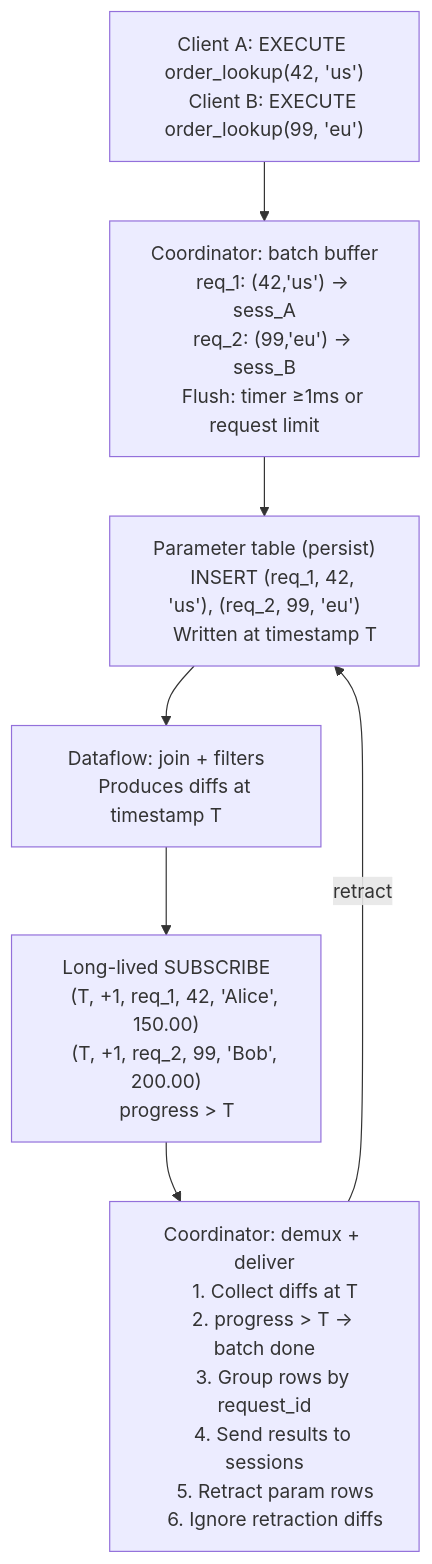
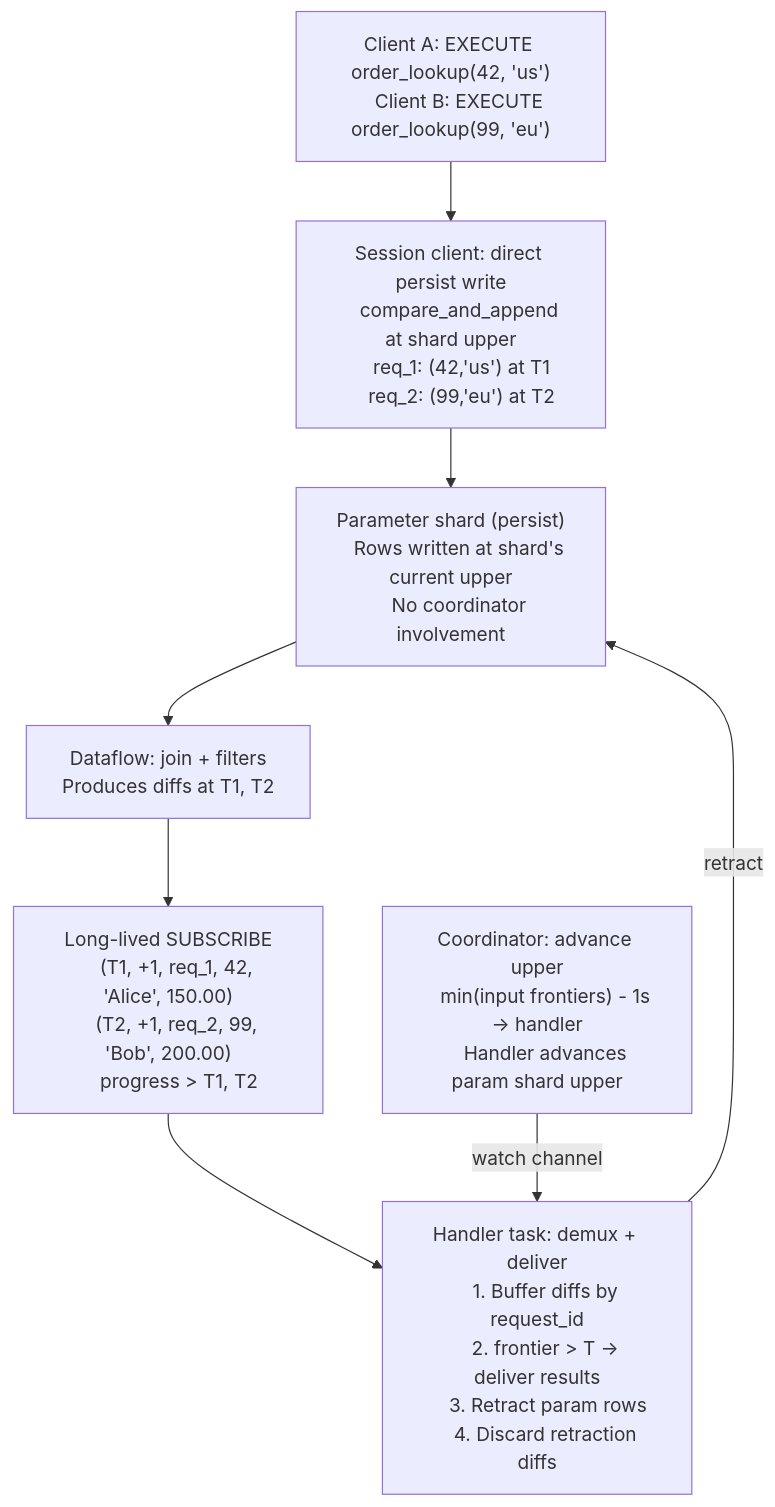
The first of 2 diagrams in doc/developer/design/20260306_standing_queries.md (MaterializeInc/materialize), drawn with Mermaid before and after one commit. The commit also changed other lines of this file, not shown here.

First line of the commit message:
standing queries: update design doc for direct-write architecture

````diff
--- a/doc/developer/design/20260306_standing_queries.md
+++ b/doc/developer/design/20260306_standing_queries.md
@@ -112,33 +112,36 @@
 ```mermaid
 flowchart TD
     A["Client A: EXECUTE order_lookup(42, 'us')
     Client B: EXECUTE order_lookup(99, 'eu')"]
 
-    B["Coordinator: batch buffer
-    req_1: (42,'us') → sess_A
-    req_2: (99,'eu') → sess_B
-    Flush: timer ≥1ms or request limit"]
+    B["Session client: direct persist write
+    compare_and_append at shard upper
+    req_1: (42,'us') at T1
+    req_2: (99,'eu') at T2"]
 
-    C["Parameter table (persist)
-    INSERT (req_1, 42, 'us'), (req_2, 99, 'eu')
-    Written at timestamp T"]
+    C["Parameter shard (persist)
+    Rows written at shard's current upper
+    No coordinator involvement"]
 
     D["Dataflow: join + filters
-    Produces diffs at timestamp T"]
+    Produces diffs at T1, T2"]
 
     E["Long-lived SUBSCRIBE
-    (T, +1, req_1, 42, 'Alice', 150.00)
-    (T, +1, req_2, 99, 'Bob', 200.00)
-    progress > T"]
+    (T1, +1, req_1, 42, 'Alice', 150.00)
+    (T2, +1, req_2, 99, 'Bob', 200.00)
+    progress > T1, T2"]
 
-    F["Coordinator: demux + deliver
-    1. Collect diffs at T
-    2. progress > T → batch done
-    3. Group rows by request_id
-    4. Send results to sessions
-    5. Retract param rows
-    6. Ignore retraction diffs"]
+    F["Handler task: demux + deliver
+    1. Buffer diffs by request_id
+    2. frontier > T → deliver results
+    3. Retract param rows
+    4. Discard retraction diffs"]
+
+    G["Coordinator: advance upper
+    min(input frontiers) - 1s → handler
+    Handler advances param shard upper"]
 
     A --> B --> C --> D --> E --> F
     F -- "retract" --> C
+    G -- "watch channel" --> F
 ```
````
